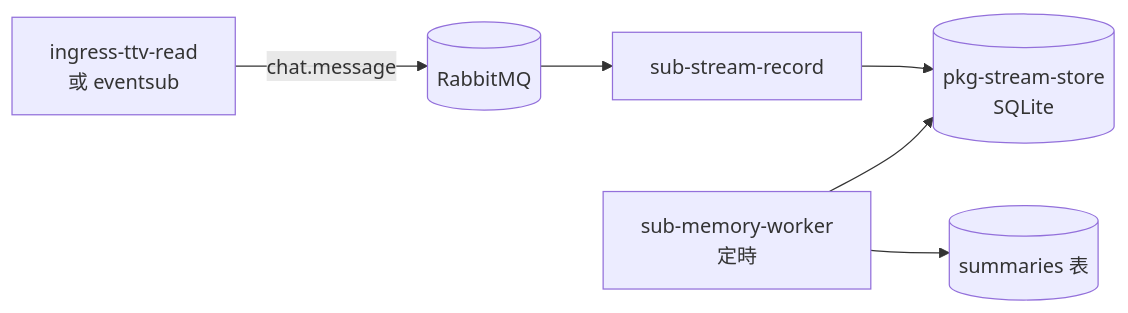
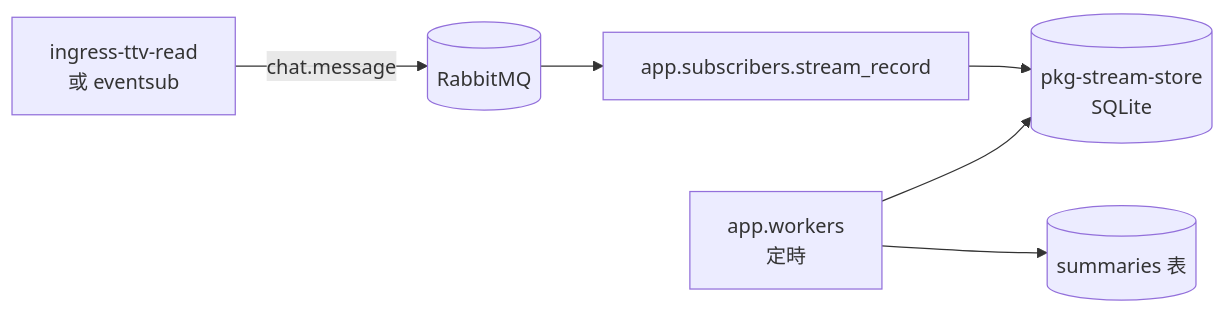
Before and after one commit to skymiku39/streamer_toolbox: the diagram in docs/architecture/stream-memory-pipeline.md, drawn with Mermaid. The commit also changed other lines of this file and 21 other files, not shown here.

First line of the commit message:
[AI 自動提交] 記錄層與記憶層移入 app/subscribers 與 app/workers

````diff
--- a/docs/architecture/stream-memory-pipeline.md
+++ b/docs/architecture/stream-memory-pipeline.md
@@ -19,8 +19,8 @@
 ```mermaid
 flowchart LR
     IRC["ingress-ttv-read<br/>或 eventsub"] -->|chat.message| MQ[("RabbitMQ")]
-    MQ --> Rec["sub-stream-record"]
+    MQ --> Rec["app.subscribers.stream_record"]
     Rec --> DB[("pkg-stream-store<br/>SQLite")]
-    Worker["sub-memory-worker<br/>定時"] --> DB
+    Worker["app.workers<br/>定時"] --> DB
     Worker --> Sum[("summaries 表")]
 ```
````
